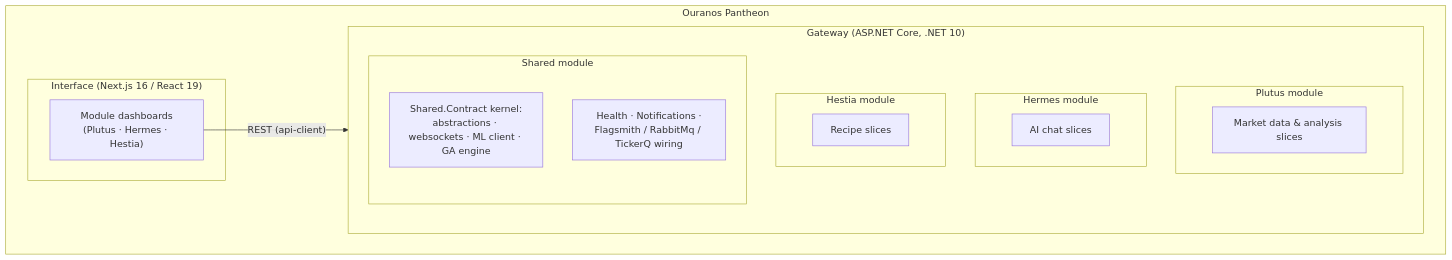
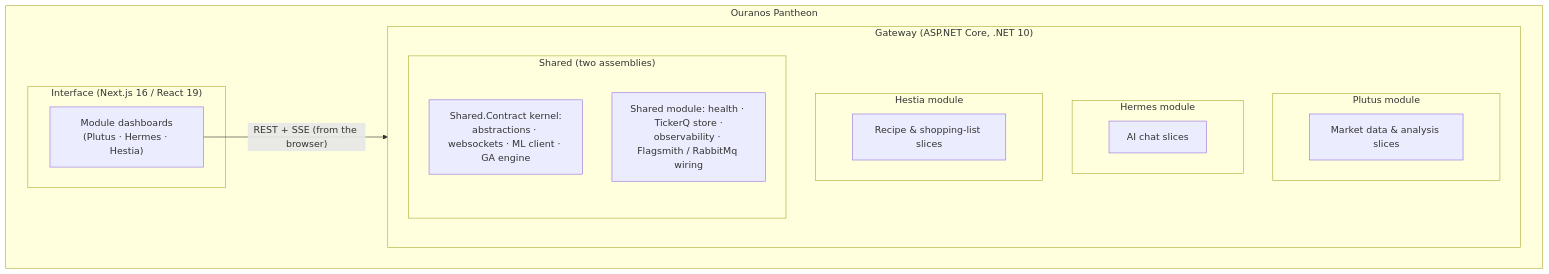
Before and after one commit to davwales/ouranos-pantheon: the diagram in docs/architecture/05-building-block-view.md, drawn with Mermaid. The commit also changed other lines of this file and 20 other files, not shown here.

````diff
--- a/docs/architecture/05-building-block-view.md
+++ b/docs/architecture/05-building-block-view.md
@@ -8,26 +8,26 @@
 ```mermaid
 graph TB
     subgraph system["Ouranos Pantheon"]
         subgraph interfaceApp["Interface (Next.js 16 / React 19)"]
             pages["Module dashboards<br/>(Plutus · Hermes · Hestia)"]
         end
 
         subgraph gateway["Gateway (ASP.NET Core, .NET 10)"]
             subgraph plutus["Plutus module"]
                 pFeats["Market data & analysis slices"]
             end
             subgraph hermes["Hermes module"]
                 hFeats["AI chat slices"]
             end
             subgraph hestia["Hestia module"]
-                heFeats["Recipe slices"]
+                heFeats["Recipe & shopping-list slices"]
             end
-            subgraph shared["Shared module"]
+            subgraph shared["Shared (two assemblies)"]
                 kernel["Shared.Contract kernel:<br/>abstractions · websockets · ML client · GA engine"]
-                sFeats["Health · Notifications ·<br/>Flagsmith / RabbitMq / TickerQ wiring"]
+                sFeats["Shared module: health · TickerQ store ·<br/>observability · Flagsmith / RabbitMq wiring"]
             end
         end
     end
 
-    pages -- "REST (api-client)" --> gateway
+    pages -- "REST + SSE (from the browser)" --> gateway
 ```
````
